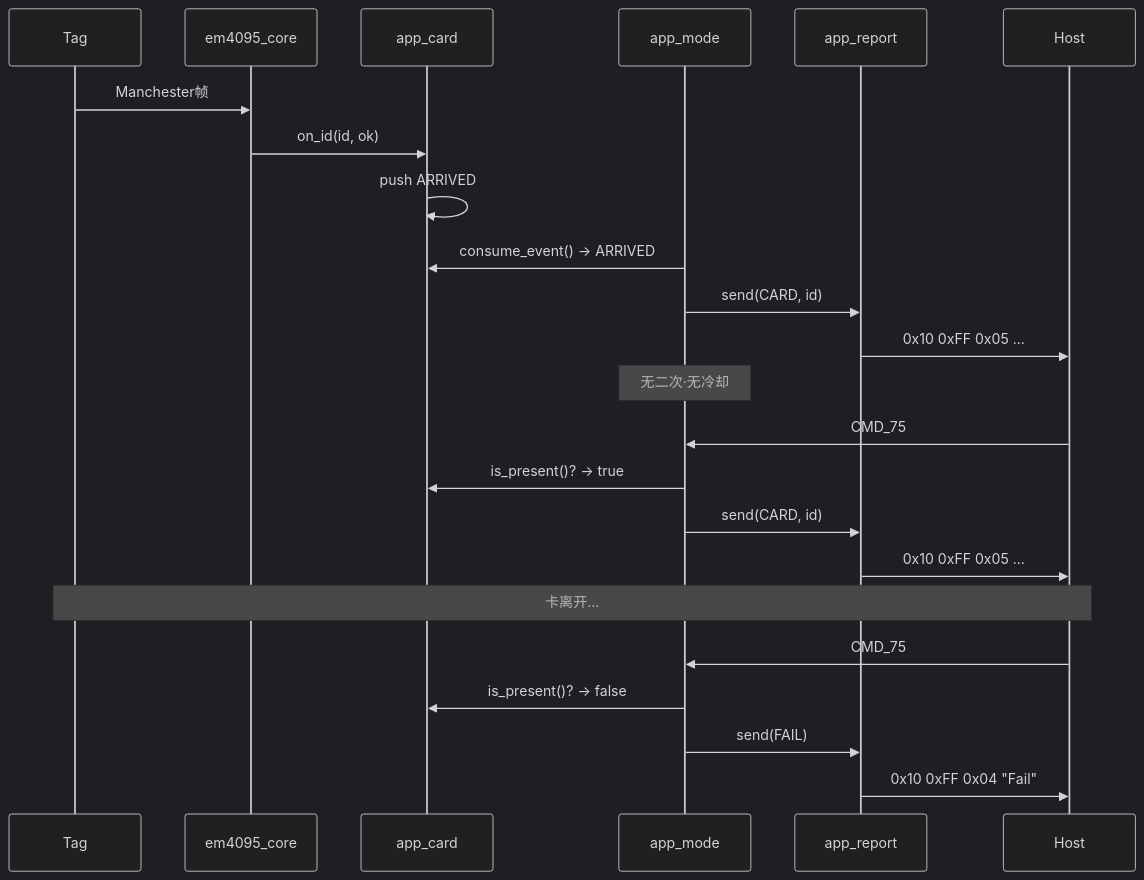
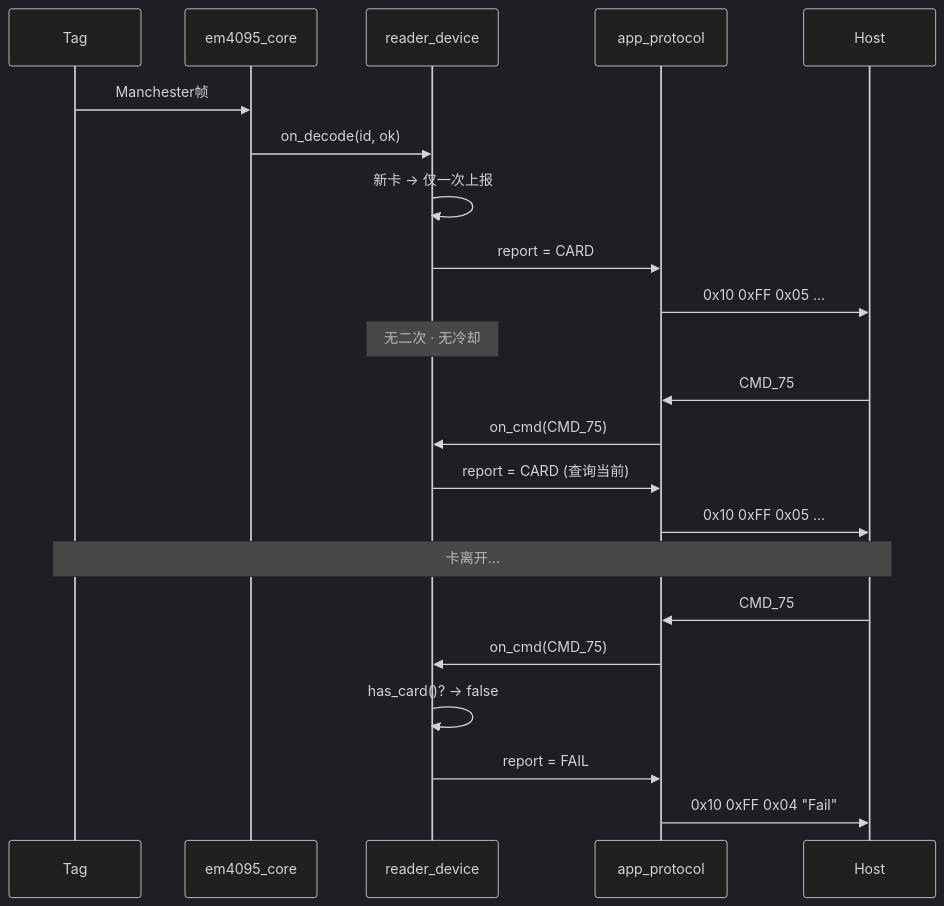
The tenth of 10 diagrams in 工作/SR3读卡器/260802SR3读卡器架构.md (Siaiai/ObsidianNote), drawn with Mermaid (dark theme) before and after one commit. The commit also changed other lines of this file, not shown here.

````diff
--- a/工作/SR3读卡器/260802SR3读卡器架构.md
+++ b/工作/SR3读卡器/260802SR3读卡器架构.md
@@ -762,29 +541,28 @@
 ```mermaid
 sequenceDiagram
     participant TAG as Tag
-    participant DEC as em4095_core
-    participant CARD as app_card
-    participant MODE as app_mode
-    participant RPT as app_report
+    participant CORE as em4095_core
+    participant READER as reader_device
+    participant PT as app_protocol
     participant HOST as Host
 
-    TAG->>DEC: Manchester帧
-    DEC->>CARD: on_id(id, ok)
-    CARD->>CARD: push ARRIVED
-    MODE->>CARD: consume_event() → ARRIVED
-    MODE->>RPT: send(CARD, id)
-    RPT->>HOST: 0x10 0xFF 0x05 ...
+    TAG->>CORE: Manchester帧
+    CORE->>READER: on_decode(id, ok)
+    READER->>READER: 新卡 → 仅一次上报
+    READER->>PT: report = CARD
+    PT->>HOST: 0x10 0xFF 0x05 ...
 
-    Note over MODE: 无二次·无冷却
+    Note over READER: 无二次 · 无冷却
 
-    HOST->>MODE: CMD_75
-    MODE->>CARD: is_present()? → true
-    MODE->>RPT: send(CARD, id)
-    RPT->>HOST: 0x10 0xFF 0x05 ...
+    HOST->>PT: CMD_75
+    PT->>READER: on_cmd(CMD_75)
+    READER->>PT: report = CARD (查询当前)
+    PT->>HOST: 0x10 0xFF 0x05 ...
 
     Note over TAG,HOST: 卡离开...
-    HOST->>MODE: CMD_75
-    MODE->>CARD: is_present()? → false
-    MODE->>RPT: send(FAIL)
-    RPT->>HOST: 0x10 0xFF 0x04 "Fail"
+    HOST->>PT: CMD_75
+    PT->>READER: on_cmd(CMD_75)
+    READER->>READER: has_card()? → false
+    READER->>PT: report = FAIL
+    PT->>HOST: 0x10 0xFF 0x04 "Fail"
 ```
````
